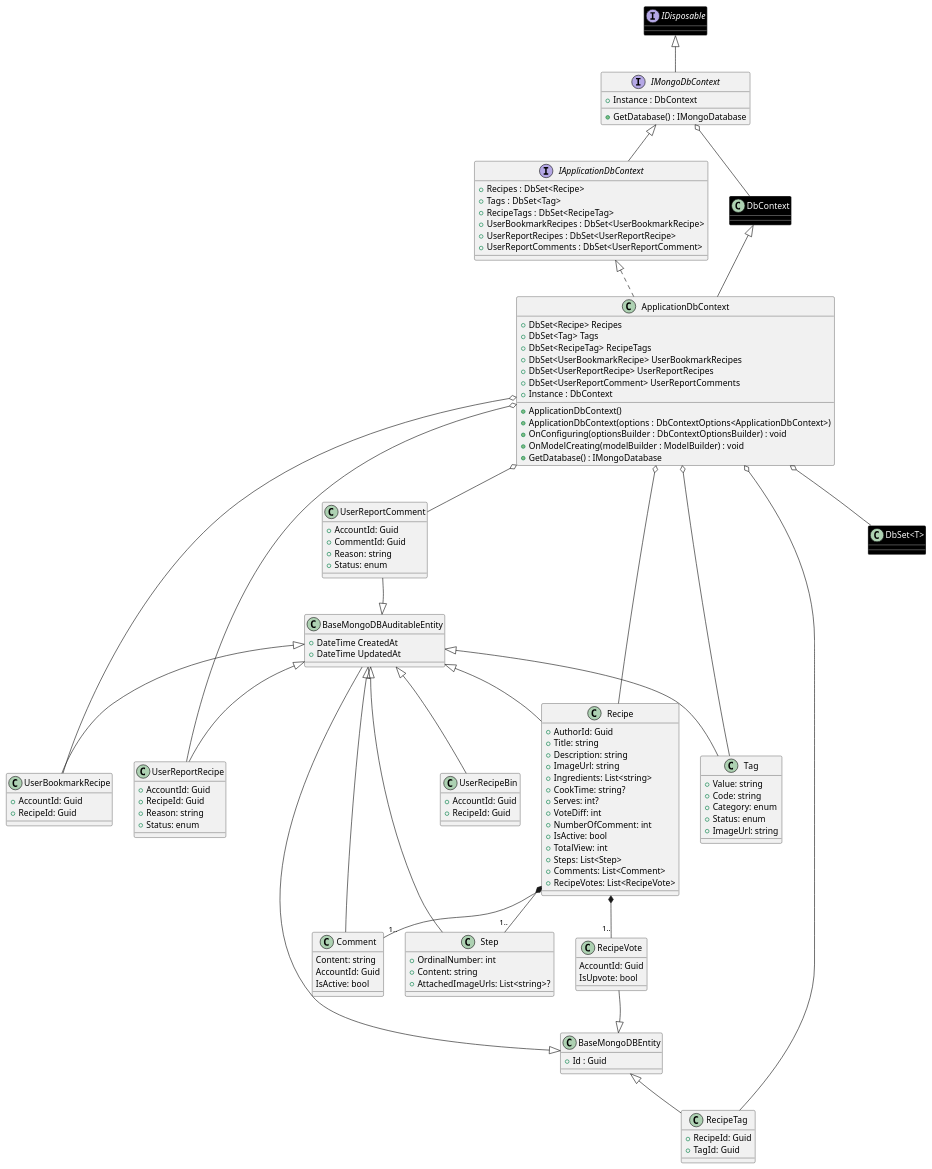
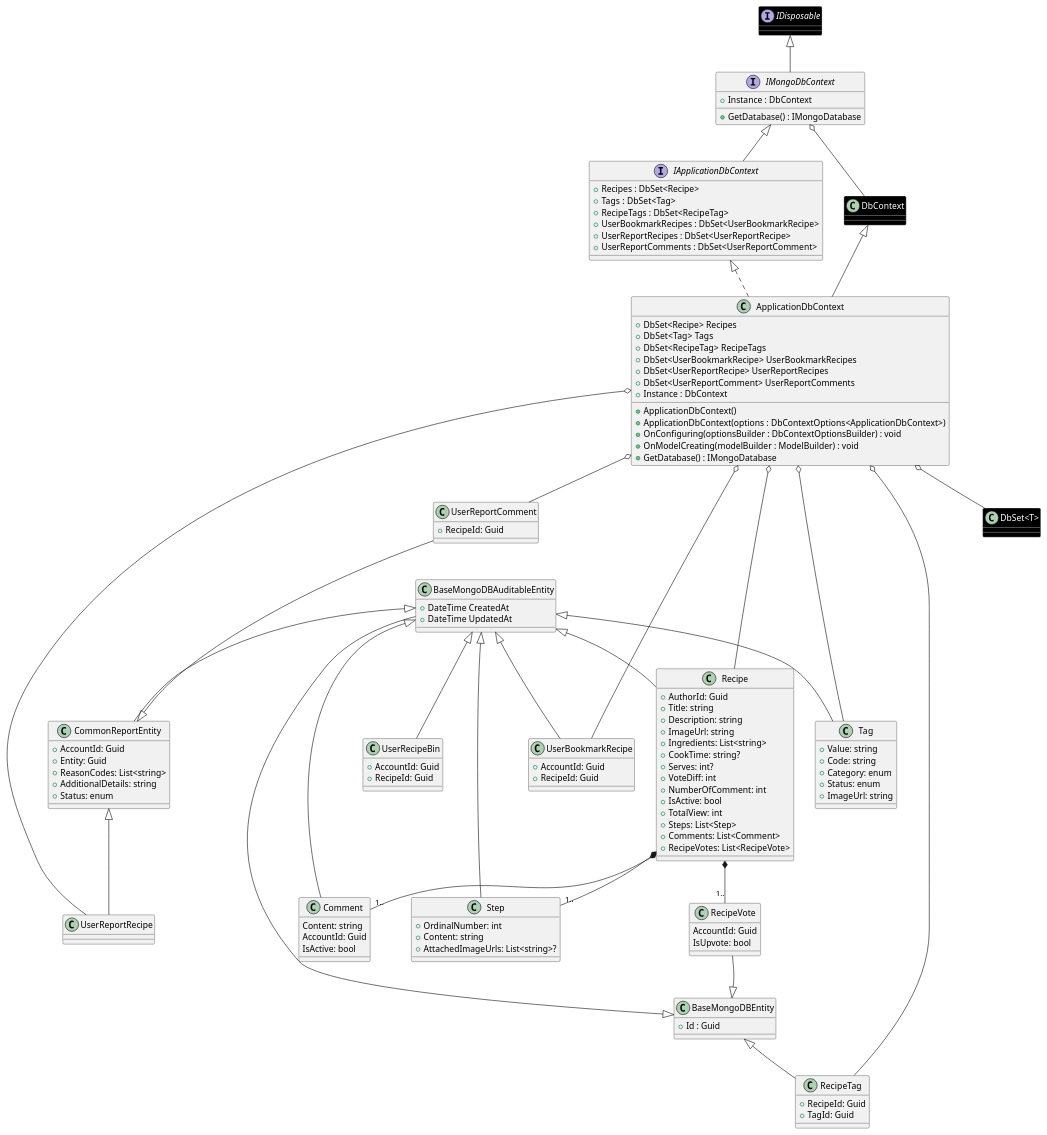
Before and after one commit to Carl-Johnsons/tastopia: the diagram in doc/SDS/CommonClassDiagram/Recipe/RecipeDbContext.plantuml, drawn with PlantUML. The commit also changed 9 other files, not shown here.

Commit message:
doc: add some recipe admin class diagram

```diff
--- a/doc/SDS/CommonClassDiagram/Recipe/RecipeDbContext.plantuml
+++ b/doc/SDS/CommonClassDiagram/Recipe/RecipeDbContext.plantuml
@@ -1,156 +1,157 @@
 @startuml AccountDbContext
 
 interface IMongoDbContext extends IDisposable {
     +Instance : DbContext
     +GetDatabase() : IMongoDatabase
 }
 ' ========= Entity class =========
 class BaseMongoDBEntity {
     +Id : Guid
 }
 
 class BaseMongoDBAuditableEntity extends BaseMongoDBEntity {
     +DateTime CreatedAt
     +DateTime UpdatedAt
 }
 
 class Recipe extends BaseMongoDBAuditableEntity {
     +AuthorId: Guid
     +Title: string
     +Description: string
     +ImageUrl: string
     +Ingredients: List<string>
     +CookTime: string?
     +Serves: int?
     +VoteDiff: int
     +NumberOfComment: int
     +IsActive: bool
     +TotalView: int
     +Steps: List<Step>
     +Comments: List<Comment>
     +RecipeVotes: List<RecipeVote>
 }
 
 class Step extends BaseMongoDBAuditableEntity {
     +OrdinalNumber: int
     +Content: string
     +AttachedImageUrls: List<string>?
 }
 
 class Comment extends BaseMongoDBAuditableEntity {
     Content: string
     AccountId: Guid
     IsActive: bool
 }
 
 class RecipeVote extends BaseMongoDBEntity {
     AccountId: Guid
     IsUpvote: bool
 }
 
 class Tag extends BaseMongoDBAuditableEntity {
     +Value: string
     +Code: string
     +Category: enum
     +Status: enum
     +ImageUrl: string
 }
 
 class RecipeTag extends BaseMongoDBEntity {
     +RecipeId: Guid
     +TagId: Guid
 }
 
 class UserBookmarkRecipe extends BaseMongoDBAuditableEntity {
     +AccountId: Guid
     +RecipeId: Guid
 }
 
-class UserReportRecipe extends BaseMongoDBAuditableEntity {
+class CommonReportEntity extends BaseMongoDBAuditableEntity {
     +AccountId: Guid
-    +RecipeId: Guid
-    +Reason: string
+    +Entity: Guid
+    +ReasonCodes: List<string>
+    +AdditionalDetails: string
     +Status: enum
 }
 
-class UserReportComment extends BaseMongoDBAuditableEntity {
-    +AccountId: Guid
-    +CommentId: Guid
-    +Reason: string
-    +Status: enum
+class UserReportRecipe extends CommonReportEntity {
+}
+
+class UserReportComment extends CommonReportEntity {
+    +RecipeId: Guid
 }
 
 class UserRecipeBin extends BaseMongoDBAuditableEntity {
     +AccountId: Guid
     +RecipeId: Guid
 }
 interface IApplicationDbContext extends IMongoDbContext {
     + Recipes : DbSet<Recipe>
     + Tags : DbSet<Tag>
     + RecipeTags : DbSet<RecipeTag>
     + UserBookmarkRecipes : DbSet<UserBookmarkRecipe>
     + UserReportRecipes : DbSet<UserReportRecipe>
     + UserReportComments : DbSet<UserReportComment>
 }
 class ApplicationDbContext extends DbContext implements IApplicationDbContext {
     +DbSet<Recipe> Recipes
     +DbSet<Tag> Tags
     +DbSet<RecipeTag> RecipeTags
     +DbSet<UserBookmarkRecipe> UserBookmarkRecipes
     +DbSet<UserReportRecipe> UserReportRecipes
     +DbSet<UserReportComment> UserReportComments
     +Instance : DbContext
     +ApplicationDbContext()
     +ApplicationDbContext(options : DbContextOptions<ApplicationDbContext>)
     +OnConfiguring(optionsBuilder : DbContextOptionsBuilder) : void
     +OnModelCreating(modelBuilder : ModelBuilder) : void
     +GetDatabase() : IMongoDatabase
 }
 
 ' ========= Library class =========
 interface IDisposable #black;line:white;text:white
 class "DbSet<T>" #black;line:white;text:white
 class DbContext #black;line:white;text:white
 
 IMongoDbContext o-- DbContext
 
 ' IApplicationDbContext o-- "DbSet<T>"
 ' IApplicationDbContext o-- Recipe
 ' IApplicationDbContext o-- Tag
 ' IApplicationDbContext o-- RecipeTag
 ' IApplicationDbContext o-- UserBookmarkRecipe
 ' IApplicationDbContext o-- UserReportRecipe
 ' IApplicationDbContext o-- UserReportComment
 
 ApplicationDbContext o-- "DbSet<T>"
 ApplicationDbContext o-- Recipe
 ApplicationDbContext o-- Tag
 ApplicationDbContext o-- RecipeTag
 ApplicationDbContext o-- UserBookmarkRecipe
 ApplicationDbContext o-- UserReportRecipe
 ApplicationDbContext o-- UserReportComment
 
 ' =========== Style ==============
 
 ApplicationDbContext o-[hidden]down- "DbSet<T>"
 ApplicationDbContext o-[hidden]down- Recipe
 ApplicationDbContext o-[hidden]down- Tag
 ApplicationDbContext o-[hidden]down- RecipeTag
 ApplicationDbContext o-[hidden]down- UserBookmarkRecipe
 
 BaseMongoDBAuditableEntity -[hidden]right- BaseMongoDBEntity 
 BaseMongoDBAuditableEntity -[hidden]up- Recipe 
 BaseMongoDBAuditableEntity -[hidden]up- Step 
 BaseMongoDBAuditableEntity -[hidden]up- Comment 
 BaseMongoDBEntity -[hidden]up- RecipeVote 
 BaseMongoDBAuditableEntity -[hidden]up- Tag 
 BaseMongoDBEntity -[hidden]up- RecipeTag 
 BaseMongoDBAuditableEntity -[hidden]up- UserBookmarkRecipe 
 BaseMongoDBAuditableEntity -[hidden]up- UserReportRecipe
 BaseMongoDBAuditableEntity -[hidden]up- UserReportComment 
 
 Recipe *--"1.." Step
 Recipe *--"1.." Comment
 Recipe *--"1.." RecipeVote
 
 @enduml
```
